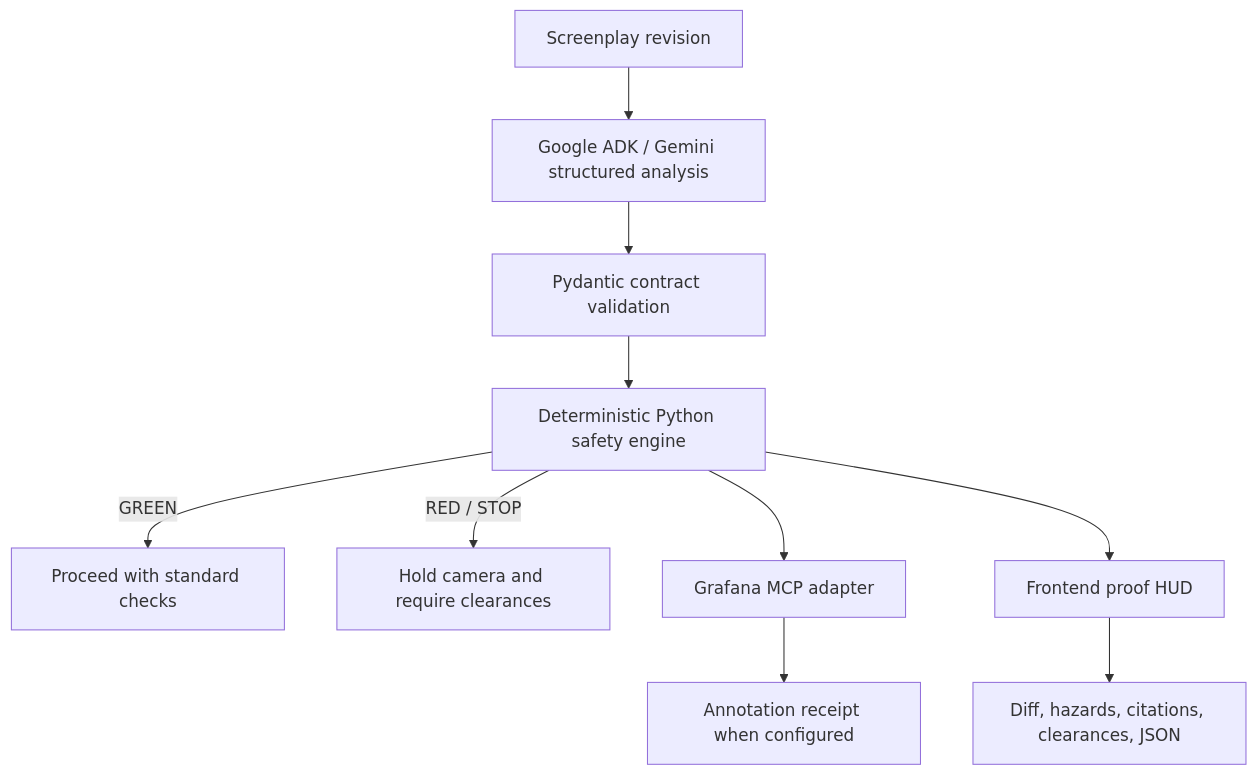
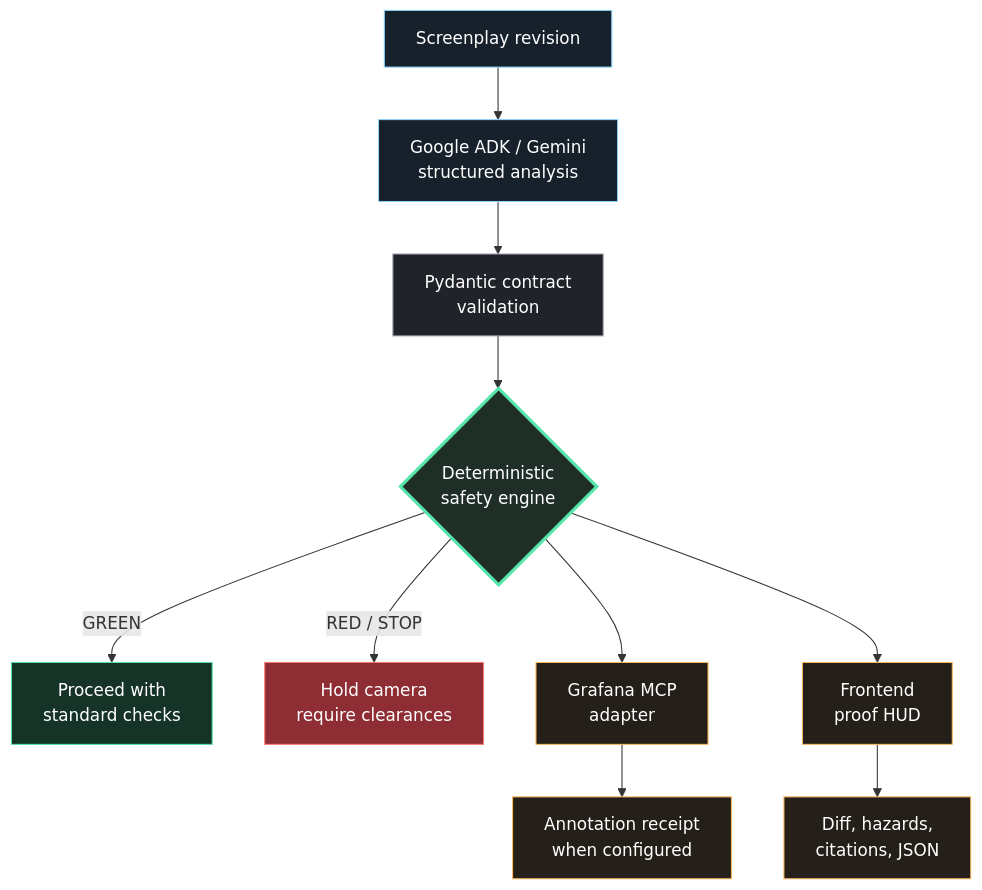
One commit to deveraux-dev/google-cinema-hacka changed the second of 2 diagrams in README.md. Above: the diagram before and after it, drawn with Mermaid. The commit also changed other lines of this file, not shown here.

````diff
--- a/README.md
+++ b/README.md
@@ -55,12 +102,26 @@
 ```mermaid
 flowchart TD
-    A[Screenplay revision] --> B[Google ADK / Gemini structured analysis]
-    B --> C[Pydantic contract validation]
-    C --> D[Deterministic Python safety engine]
-    D -->|GREEN| E[Proceed with standard checks]
-    D -->|RED / STOP| F[Hold camera and require clearances]
-    D --> G[Grafana MCP adapter]
-    D --> H[Frontend proof HUD]
-    G --> I[Annotation receipt when configured]
-    H --> J[Diff, hazards, citations, clearances, JSON]
+    A["Screenplay revision"] --> B["Google ADK / Gemini<br/>structured analysis"]
+    B --> C["Pydantic contract<br/>validation"]
+    C --> D{"Deterministic<br/>safety engine"}
+    D -->|GREEN| E["Proceed with<br/>standard checks"]
+    D -->|RED / STOP| F["Hold camera<br/>require clearances"]
+    D --> G["Grafana MCP<br/>adapter"]
+    D --> H["Frontend<br/>proof HUD"]
+    G --> I["Annotation receipt<br/>when configured"]
+    H --> J["Diff, hazards,<br/>citations, JSON"]
+
+    classDef source fill:#17212b,stroke:#8ed5ff,color:#ffffff;
+    classDef contract fill:#202329,stroke:#a1a1aa,color:#ffffff;
+    classDef decision fill:#1f2f27,stroke:#56e5a9,color:#ffffff,stroke-width:3px;
+    classDef clear fill:#153326,stroke:#56e5a9,color:#ffffff;
+    classDef hold fill:#8f2d35,stroke:#ff7b74,color:#ffffff;
+    classDef receipt fill:#241f18,stroke:#ffb95f,color:#ffffff;
+
+    class A,B source;
+    class C contract;
+    class D decision;
+    class E clear;
+    class F hold;
+    class G,H,I,J receipt;
 ```
````
